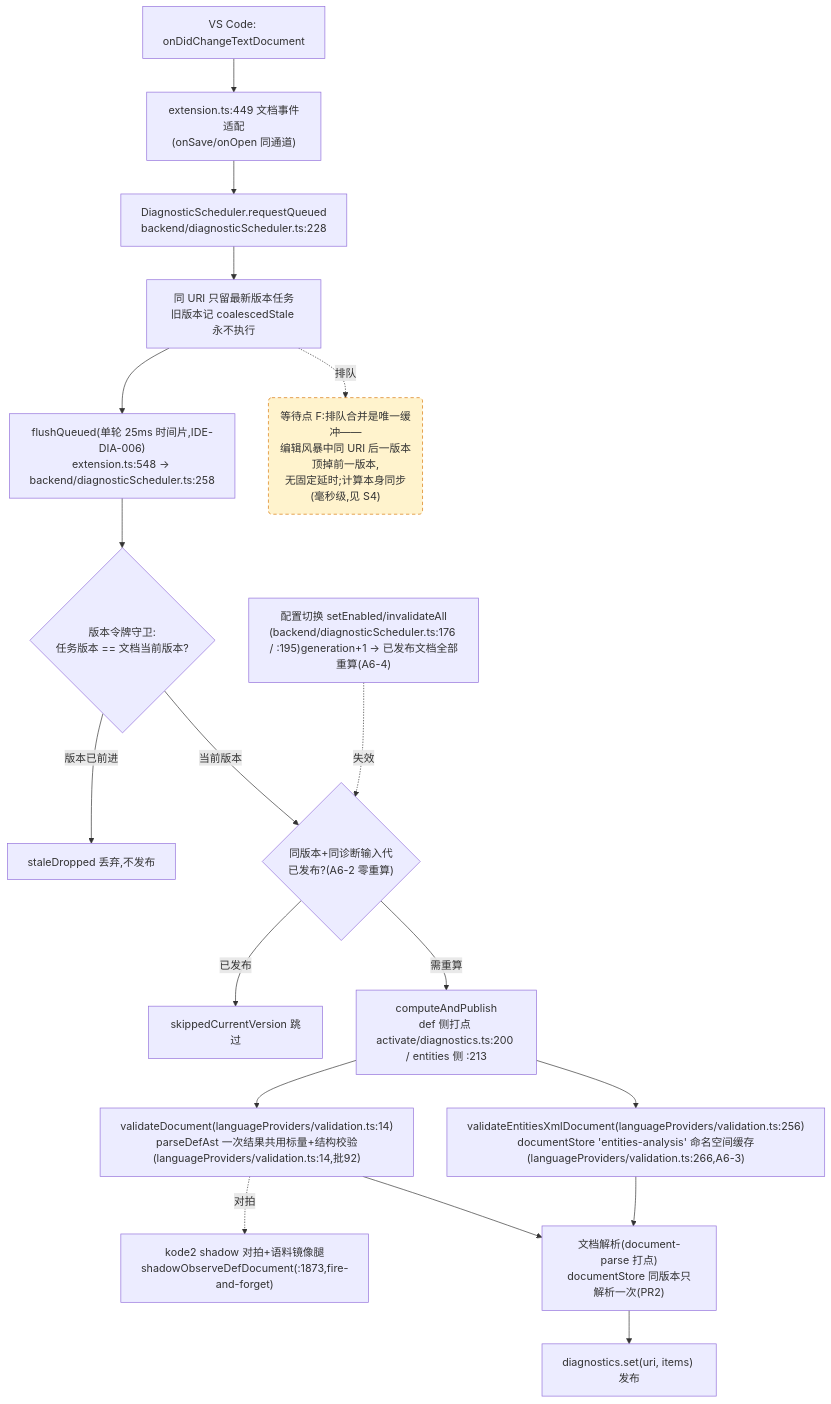
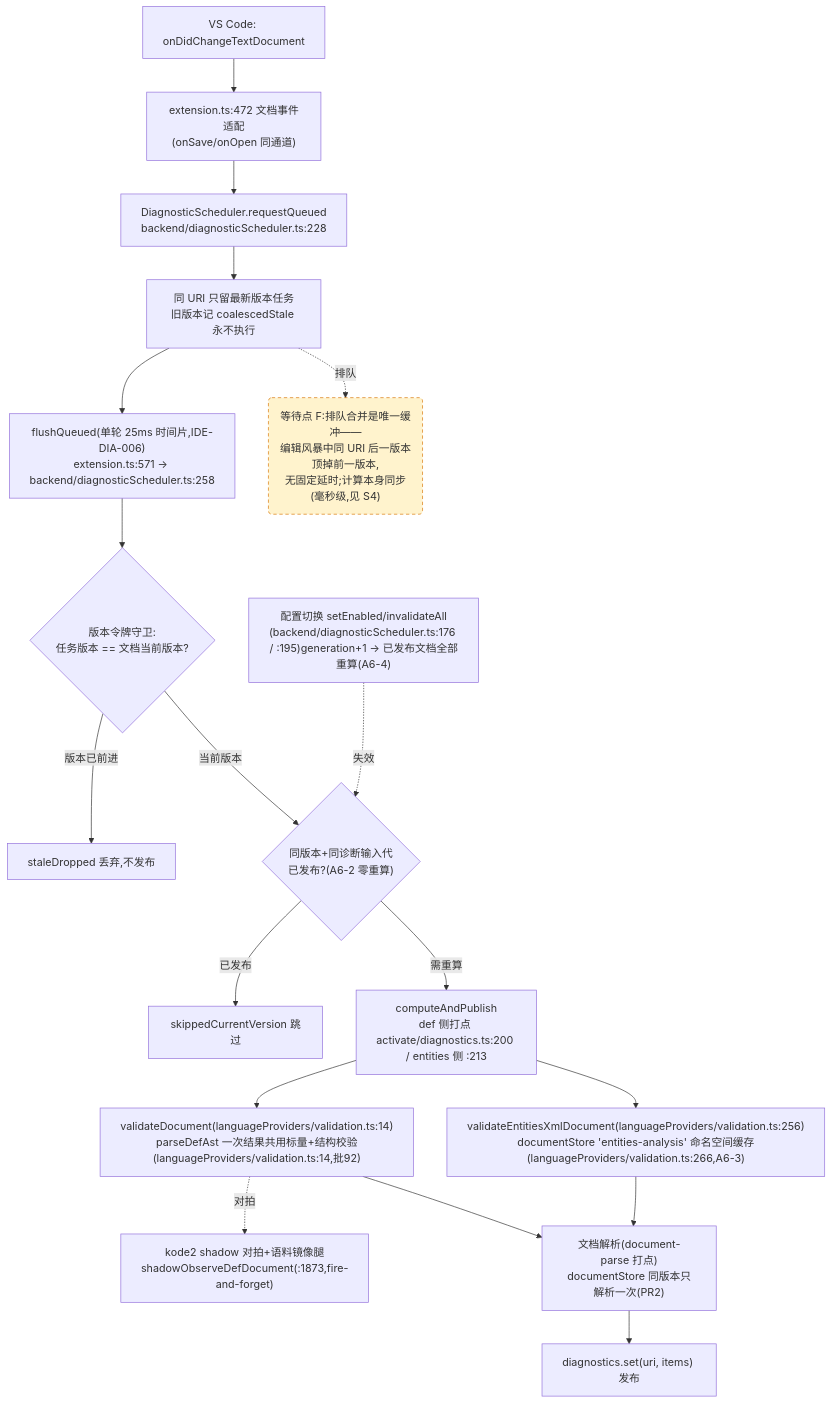
One commit to cuihairu/kode changed the fourth of 4 diagrams in docs/perf/2026-baseline.md. Above: the diagram before and after it, drawn with Mermaid. The commit also changed 5 other files, not shown here.

````diff
--- a/docs/perf/2026-baseline.md
+++ b/docs/perf/2026-baseline.md
@@ -230,38 +230,38 @@
 ```mermaid
 flowchart TD
   CHG["VS Code: onDidChangeTextDocument"]
-  WATCH["extension.ts:449 文档事件适配<br/>(onSave/onOpen 同通道)"]
+  WATCH["extension.ts:472 文档事件适配<br/>(onSave/onOpen 同通道)"]
   RQ["DiagnosticScheduler.requestQueued<br/>backend/diagnosticScheduler.ts:228"]
   CO["同 URI 只留最新版本任务<br/>旧版本记 coalescedStale 永不执行"]
-  FL["flushQueued(单轮 25ms 时间片,IDE-DIA-006)<br/>extension.ts:548 → backend/diagnosticScheduler.ts:258"]
+  FL["flushQueued(单轮 25ms 时间片,IDE-DIA-006)<br/>extension.ts:571 → backend/diagnosticScheduler.ts:258"]
   VG{"版本令牌守卫:<br/>任务版本 == 文档当前版本?"}
   DROP["staleDropped 丢弃,不发布"]
   GEN{"同版本+同诊断输入代<br/>已发布?(A6-2 零重算)"}
   SKIP["skippedCurrentVersion 跳过"]
   CALC["computeAndPublish<br/>def 侧打点 activate/diagnostics.ts:200 / entities 侧 :213"]
   VD["validateDocument(languageProviders/validation.ts:14)<br/>parseDefAst 一次结果共用标量+结构校验(languageProviders/validation.ts:14,批92)"]
   VEX["validateEntitiesXmlDocument(languageProviders/validation.ts:256)<br/>documentStore 'entities-analysis' 命名空间缓存(languageProviders/validation.ts:266,A6-3)"]
   SHDD["kode2 shadow 对拍+语料镜像腿<br/>shadowObserveDefDocument(:1873,fire-and-forget)"]
   DS["文档解析(document-parse 打点)<br/>documentStore 同版本只解析一次(PR2)"]
   PUB["diagnostics.set(uri, items) 发布"]
   CFG2["配置切换 setEnabled/invalidateAll<br/>(backend/diagnosticScheduler.ts:176 / :195)generation+1 → 已发布文档全部重算(A6-4)"]
 
   CHG --> WATCH --> RQ --> CO --> FL --> VG
   VG -- "版本已前进" --> DROP
   VG -- "当前版本" --> GEN
   GEN -- "已发布" --> SKIP
   GEN -- "需重算" --> CALC
   CALC --> VD
   CALC --> VEX
   VD --> DS
   VEX --> DS
   DS --> PUB
   VD -.->|对拍| SHDD
   CFG2 -.->|失效| GEN
 
   WAITF("等待点 F:排队合并是唯一缓冲——<br/>编辑风暴中同 URI 后一版本顶掉前一版本,<br/>无固定延时;计算本身同步(毫秒级,见 S4)")
   CO -.->|排队| WAITF
 
   classDef waitPoint fill:#fff3cd,stroke:#d97706,stroke-dasharray:5 4;
   class WAITF waitPoint;
 ```
````
